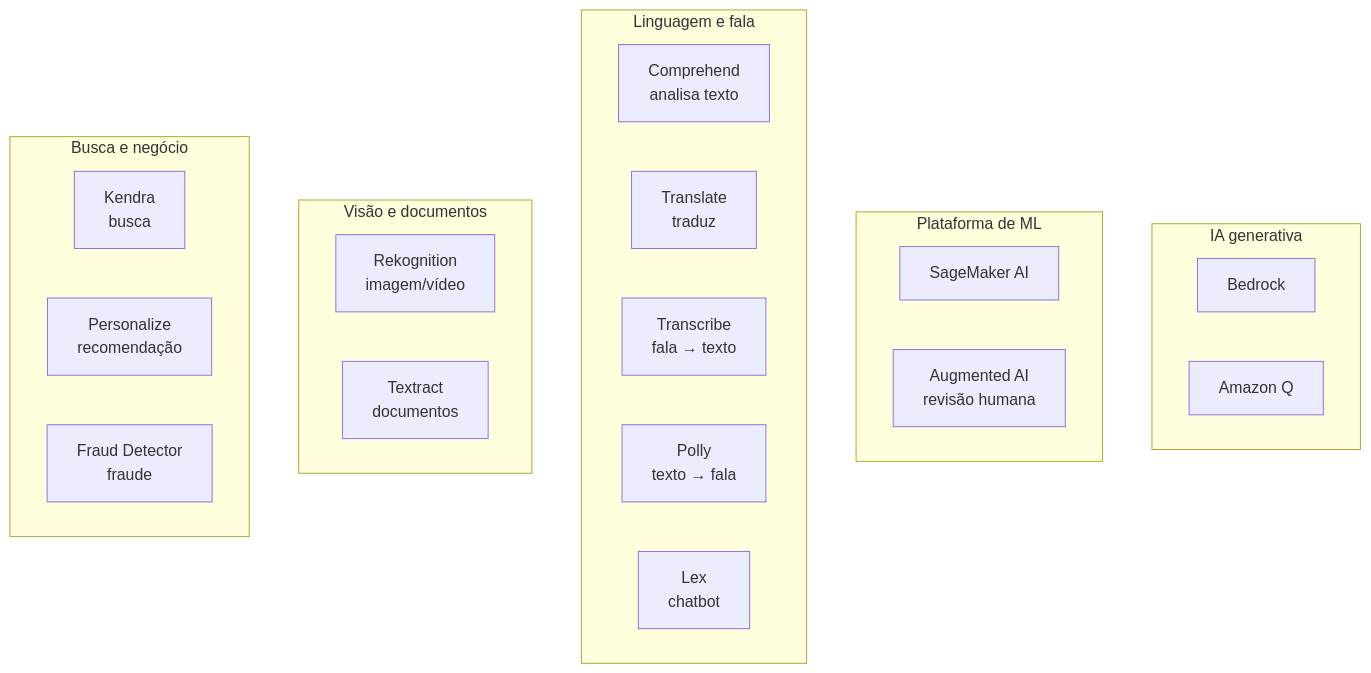
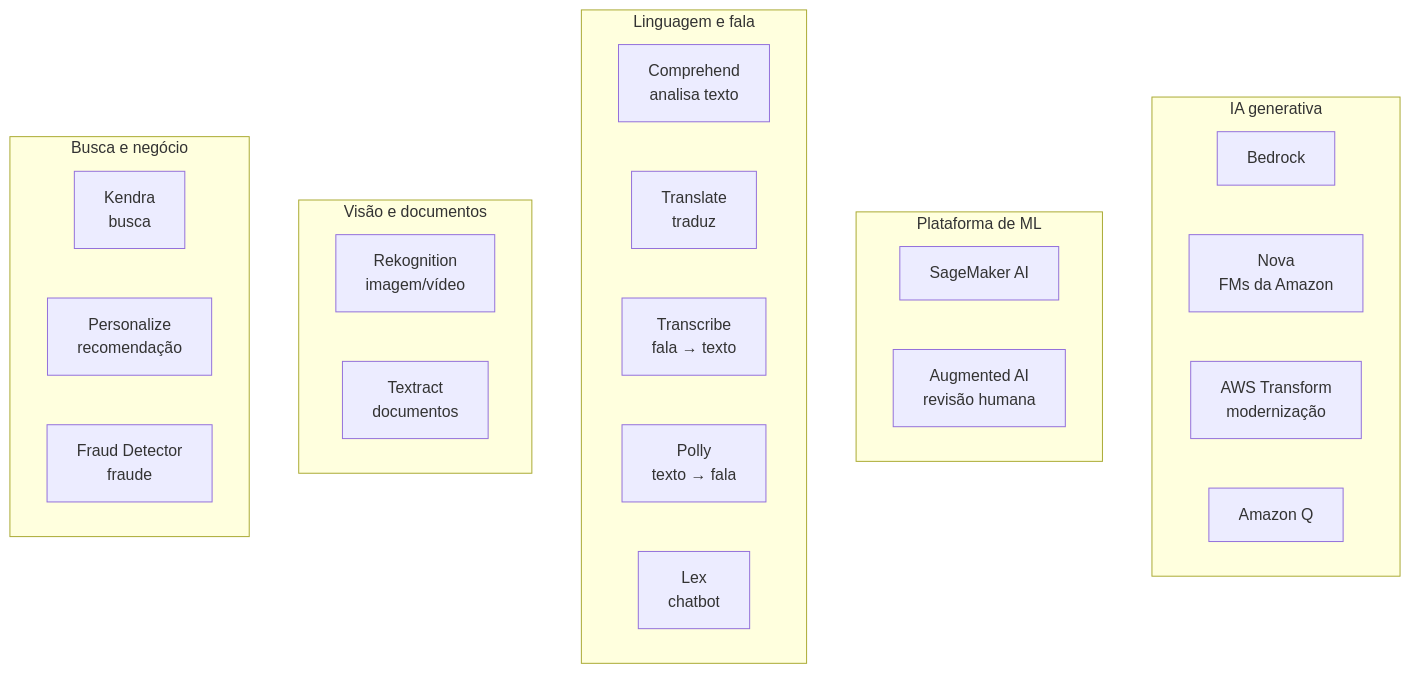
One commit to Oliver-Data-Engineer/obsidian changed the diagram in AI Practitioner/IA SERVICES/Resumo.md. Above: the diagram before and after it, drawn with Mermaid. The commit also changed other lines of this file and 12 other files, not shown here.

````diff
--- a/AI Practitioner/IA SERVICES/Resumo.md
+++ b/AI Practitioner/IA SERVICES/Resumo.md
@@ -10,27 +10,29 @@
 ```mermaid
 flowchart TB
   subgraph GEN["IA generativa"]
     BR[Bedrock]
+    NV[Nova<br/>FMs da Amazon]
+    TF[AWS Transform<br/>modernização]
     Q[Amazon Q]
   end
   subgraph PLAT["Plataforma de ML"]
     SM[SageMaker AI]
     A2I[Augmented AI<br/>revisão humana]
   end
   subgraph LANG["Linguagem e fala"]
     CO[Comprehend<br/>analisa texto]
     TL[Translate<br/>traduz]
     TS[Transcribe<br/>fala → texto]
     PO[Polly<br/>texto → fala]
     LX[Lex<br/>chatbot]
   end
   subgraph VIS["Visão e documentos"]
     RK[Rekognition<br/>imagem/vídeo]
     TX[Textract<br/>documentos]
   end
   subgraph BIZ["Busca e negócio"]
     KD[Kendra<br/>busca]
     PE[Personalize<br/>recomendação]
     FD[Fraud Detector<br/>fraude]
   end
 ```
````
